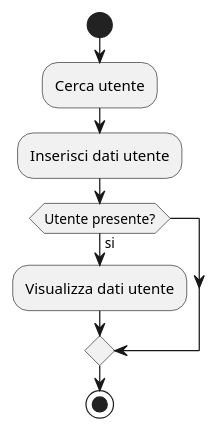
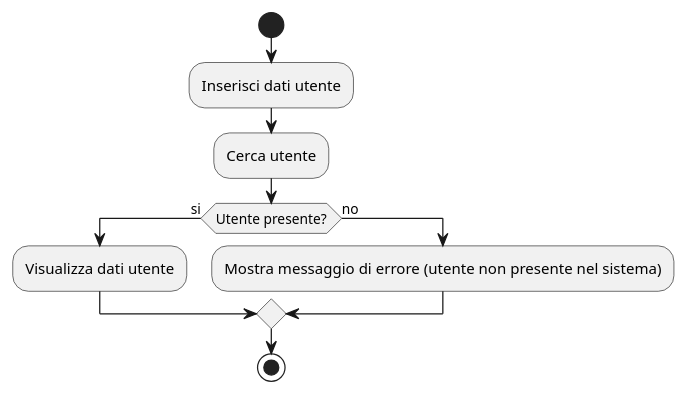
The diagram in docs/uml/DiagrammiAttività/DiagrammaRicercaUtente.puml (Meziu/easylibrary), drawn with PlantUML before and after one commit.

Commit message:
Modifica diagramma attività ricerca utente

```diff
--- a/docs/uml/DiagrammiAttività/DiagrammaRicercaUtente.puml
+++ b/docs/uml/DiagrammiAttività/DiagrammaRicercaUtente.puml
@@ -1,10 +1,12 @@
 @startuml
 start
+:Inserisci dati utente;
 :Cerca utente;
-:Inserisci dati utente;
 
 if (Utente presente?) then (si)
     :Visualizza dati utente;
+else (no)
+    :Mostra messaggio di errore (utente non presente nel sistema);
 endif
 stop
 @enduml
```
